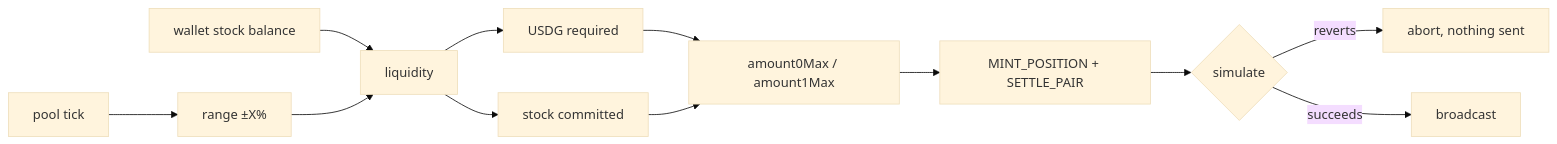
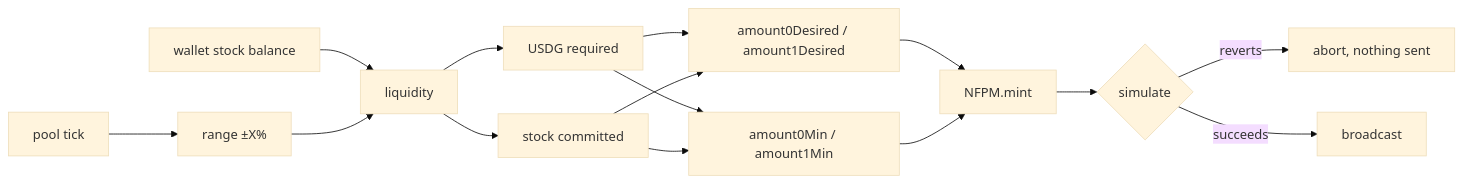
The second of 4 diagrams in docs/architecture.md (lexer/arcusdelta), drawn with Mermaid (base theme) before and after one commit. The commit also changed other lines of this file and 15 other files, not shown here.

````diff
--- a/docs/architecture.md
+++ b/docs/architecture.md
@@ -52,14 +54,17 @@
 ```mermaid
 graph LR
     Bal[wallet stock balance] --> L[liquidity]
     Pool[pool tick] --> R[range ±X%]
     R --> L
     L --> A0[USDG required]
     L --> A1[stock committed]
-    A0 --> Max[amount0Max / amount1Max]
-    A1 --> Max
-    Max --> Mint[MINT_POSITION + SETTLE_PAIR]
+    A0 --> Ceil[amount0Desired / amount1Desired]
+    A1 --> Ceil
+    A0 --> Floor[amount0Min / amount1Min]
+    A1 --> Floor
+    Ceil --> Mint[NFPM.mint]
+    Floor --> Mint
     Mint --> Sim{simulate}
     Sim -->|reverts| Abort[abort, nothing sent]
     Sim -->|succeeds| Send[broadcast]
 ```
````
